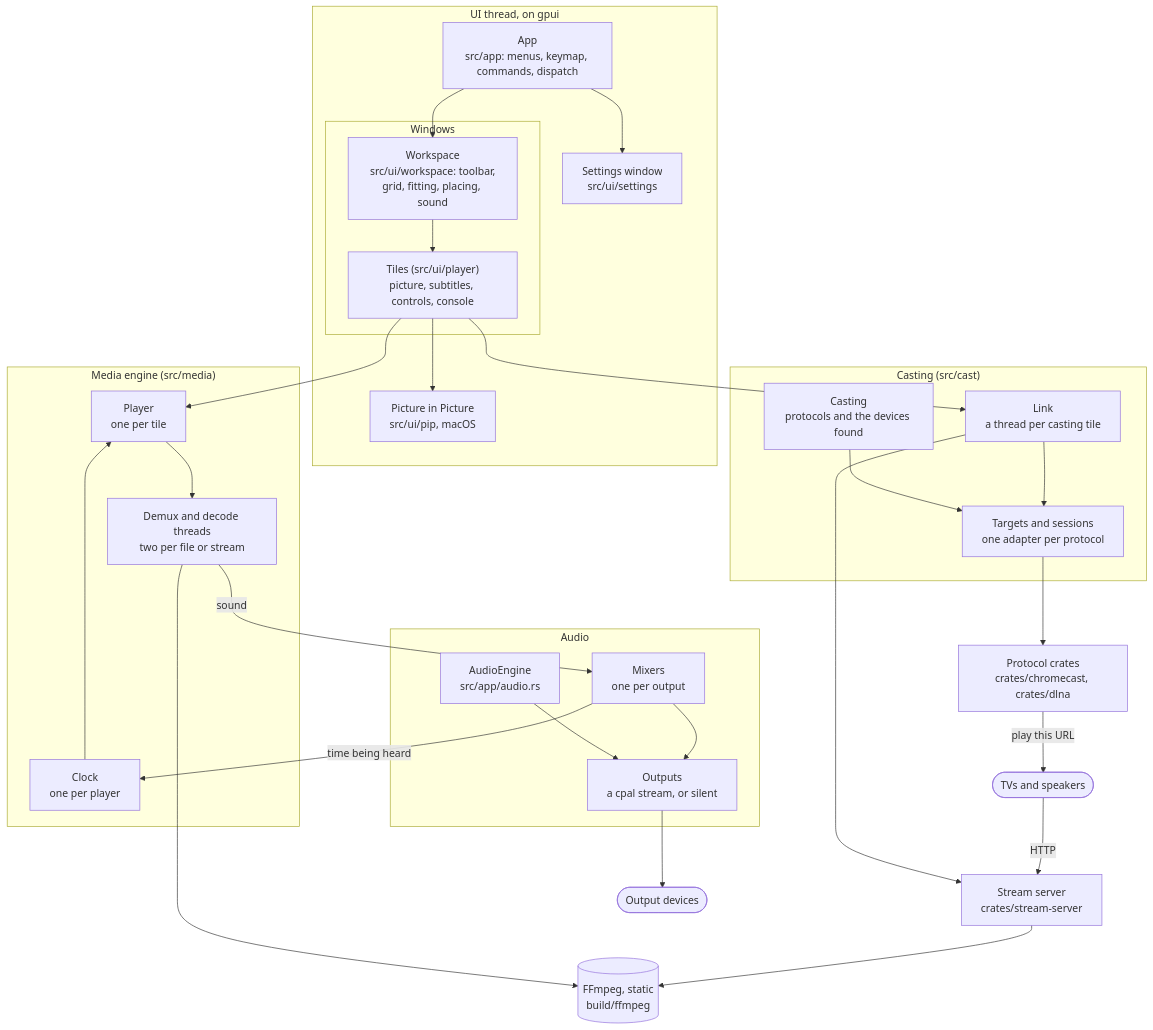
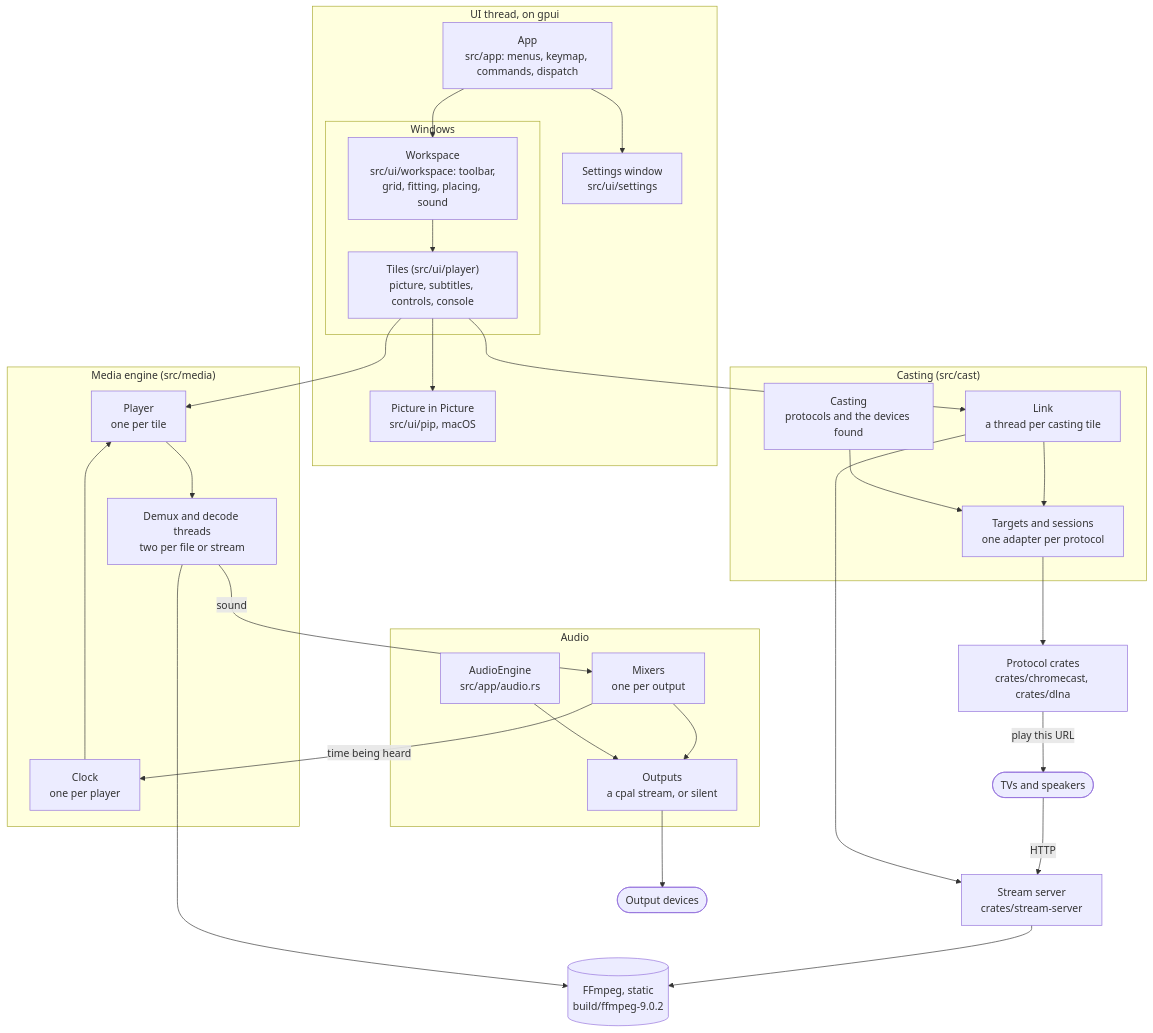
The first of 6 diagrams in ARCHITECTURE.md (velocityzen/Plays), drawn with Mermaid before and after one commit. The commit also changed other lines of this file and 6 other files, not shown here.

````diff
--- a/ARCHITECTURE.md
+++ b/ARCHITECTURE.md
@@ -29,58 +29,58 @@
 ```mermaid
 flowchart TB
     subgraph uithread ["UI thread, on gpui"]
         app["App<br/>src/app: menus, keymap, commands, dispatch"]
         settings["Settings window<br/>src/ui/settings"]
         subgraph windows ["Windows"]
             workspace["Workspace<br/>src/ui/workspace: toolbar,<br/>grid, fitting, placing, sound"]
             tiles["Tiles (src/ui/player)<br/>picture, subtitles, controls, console"]
         end
         pip["Picture in Picture<br/>src/ui/pip, macOS"]
     end
 
     subgraph media ["Media engine (src/media)"]
         player["Player<br/>one per tile"]
         threads["Demux and decode threads<br/>two per file or stream"]
         clock["Clock<br/>one per player"]
     end
 
     subgraph audio ["Audio"]
         engine["AudioEngine<br/>src/app/audio.rs"]
         mixers["Mixers<br/>one per output"]
         outputs["Outputs<br/>a cpal stream, or silent"]
     end
 
     subgraph cast ["Casting (src/cast)"]
         casting["Casting<br/>protocols and the devices found"]
         link["Link<br/>a thread per casting tile"]
         targets["Targets and sessions<br/>one adapter per protocol"]
     end
 
     crates["Protocol crates<br/>crates/chromecast, crates/dlna"]
     server["Stream server<br/>crates/stream-server"]
-    ffmpeg[("FFmpeg, static<br/>build/ffmpeg")]
+    ffmpeg[("FFmpeg, static<br/>build/ffmpeg-9.0.2")]
     speakers(["Output devices"])
     devices(["TVs and speakers"])
 
     app --> workspace
     app --> settings
     workspace --> tiles
     tiles --> player
     tiles --> pip
     player --> threads
     threads --> ffmpeg
     threads -->|"sound"| mixers
     mixers -->|"time being heard"| clock
     clock --> player
     engine --> outputs
     mixers --> outputs
     outputs --> speakers
     tiles --> link
     casting --> targets
     link --> targets
     link --> server
     targets --> crates
     crates -->|"play this URL"| devices
     devices -->|"HTTP"| server
     server --> ffmpeg
 ```
````
